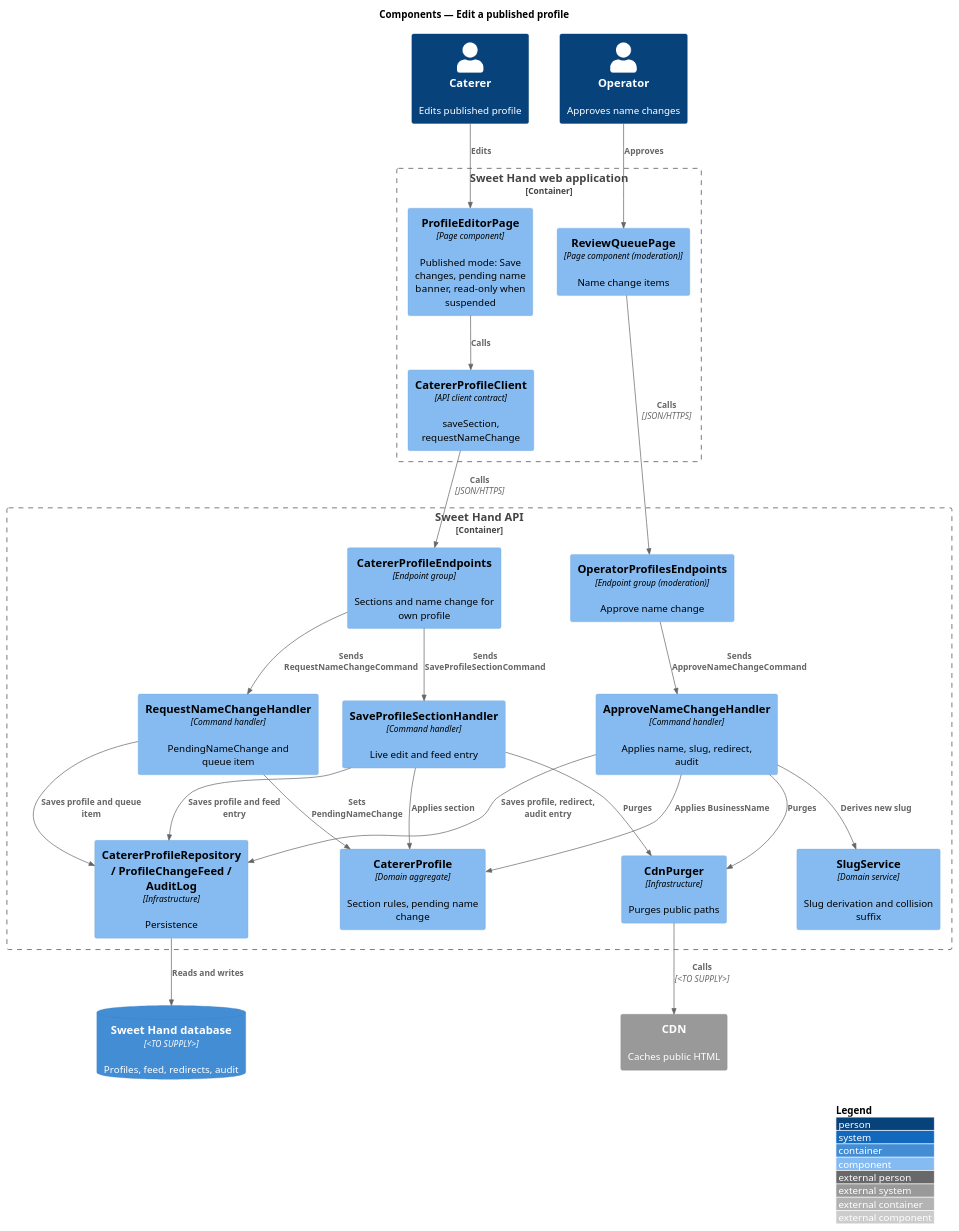
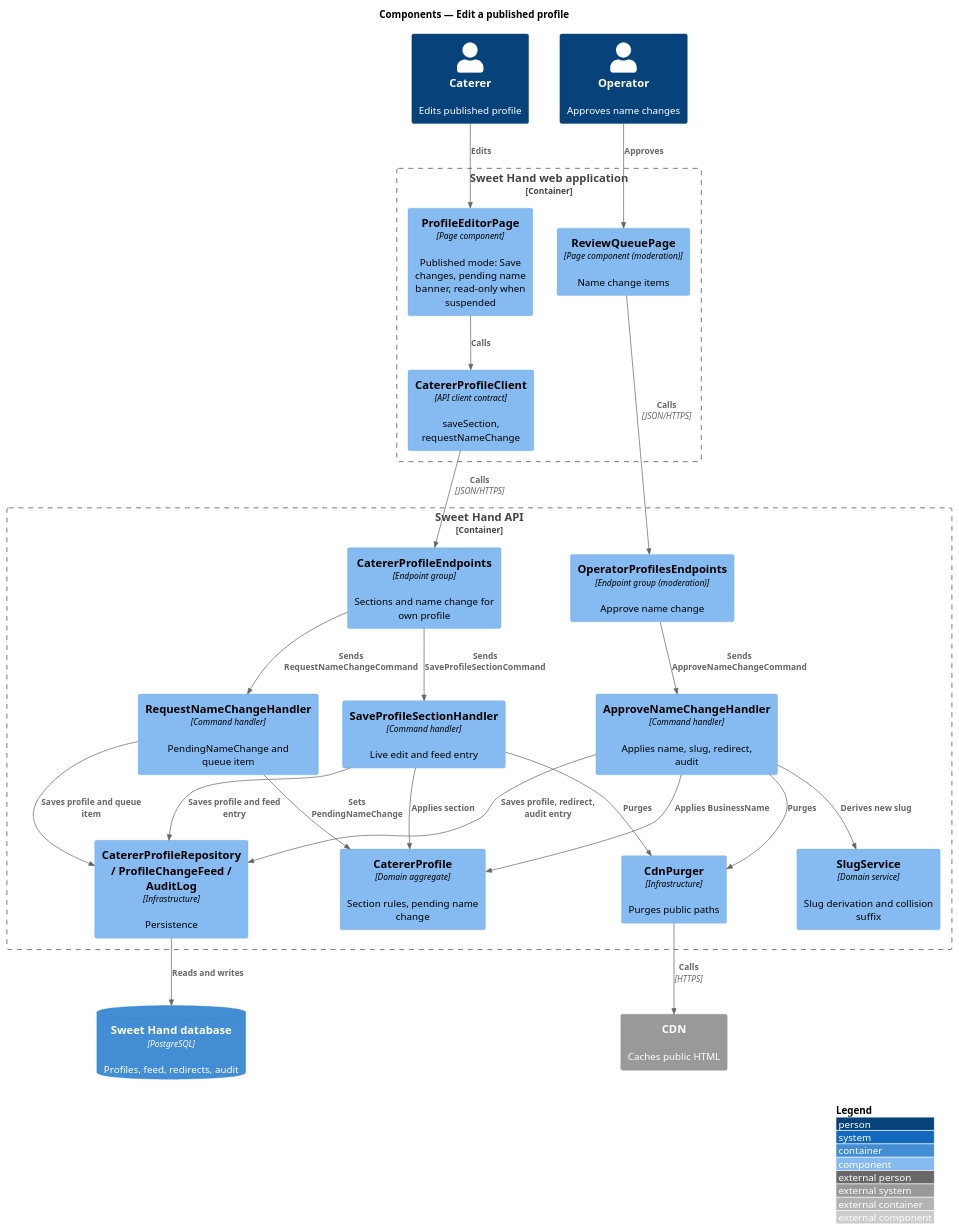
The diagram in docs/detailed-designs/caterer-profiles/edit-published-profile/diagrams/c4-component.puml (QuinntyneBrown/sweet-hand), drawn with PlantUML before and after one commit. The commit also changed 42 other files, not shown here.

```diff
--- a/docs/detailed-designs/caterer-profiles/edit-published-profile/diagrams/c4-component.puml
+++ b/docs/detailed-designs/caterer-profiles/edit-published-profile/diagrams/c4-component.puml
@@ -1,46 +1,46 @@
 @startuml
 !include <C4/C4_Component>
 LAYOUT_WITH_LEGEND()
 title Components — Edit a published profile
 
 Person(caterer, "Caterer", "Edits published profile")
 Person(operator, "Operator", "Approves name changes")
 Container_Boundary(web, "Sweet Hand web application") {
   Component(editor, "ProfileEditorPage", "Page component", "Published mode: Save changes, pending name banner, read-only when suspended")
   Component(client, "CatererProfileClient", "API client contract", "saveSection, requestNameChange")
   Component(queuePage, "ReviewQueuePage", "Page component (moderation)", "Name change items")
 }
 Container_Boundary(api, "Sweet Hand API") {
   Component(endpoints, "CatererProfileEndpoints", "Endpoint group", "Sections and name change for own profile")
   Component(opEndpoints, "OperatorProfilesEndpoints", "Endpoint group (moderation)", "Approve name change")
   Component(save, "SaveProfileSectionHandler", "Command handler", "Live edit and feed entry")
   Component(request, "RequestNameChangeHandler", "Command handler", "PendingNameChange and queue item")
   Component(approve, "ApproveNameChangeHandler", "Command handler", "Applies name, slug, redirect, audit")
   Component(profile, "CatererProfile", "Domain aggregate", "Section rules, pending name change")
   Component(slugs, "SlugService", "Domain service", "Slug derivation and collision suffix")
   Component(purger, "CdnPurger", "Infrastructure", "Purges public paths")
   Component(repos, "CatererProfileRepository / ProfileChangeFeed / AuditLog", "Infrastructure", "Persistence")
 }
-ContainerDb(db, "Sweet Hand database", "<TO SUPPLY>", "Profiles, feed, redirects, audit")
+ContainerDb(db, "Sweet Hand database", "PostgreSQL", "Profiles, feed, redirects, audit")
 System_Ext(cdn, "CDN", "Caches public HTML")
 
 Rel(caterer, editor, "Edits")
 Rel(editor, client, "Calls")
 Rel(client, endpoints, "Calls", "JSON/HTTPS")
 Rel(operator, queuePage, "Approves")
 Rel(queuePage, opEndpoints, "Calls", "JSON/HTTPS")
 Rel(endpoints, save, "Sends SaveProfileSectionCommand")
 Rel(endpoints, request, "Sends RequestNameChangeCommand")
 Rel(opEndpoints, approve, "Sends ApproveNameChangeCommand")
 Rel(save, profile, "Applies section")
 Rel(request, profile, "Sets PendingNameChange")
 Rel(approve, profile, "Applies BusinessName")
 Rel(approve, slugs, "Derives new slug")
 Rel(save, purger, "Purges")
 Rel(approve, purger, "Purges")
-Rel(purger, cdn, "Calls", "<TO SUPPLY>")
+Rel(purger, cdn, "Calls", "HTTPS")
 Rel(save, repos, "Saves profile and feed entry")
 Rel(request, repos, "Saves profile and queue item")
 Rel(approve, repos, "Saves profile, redirect, audit entry")
 Rel(repos, db, "Reads and writes")
 @enduml
```
